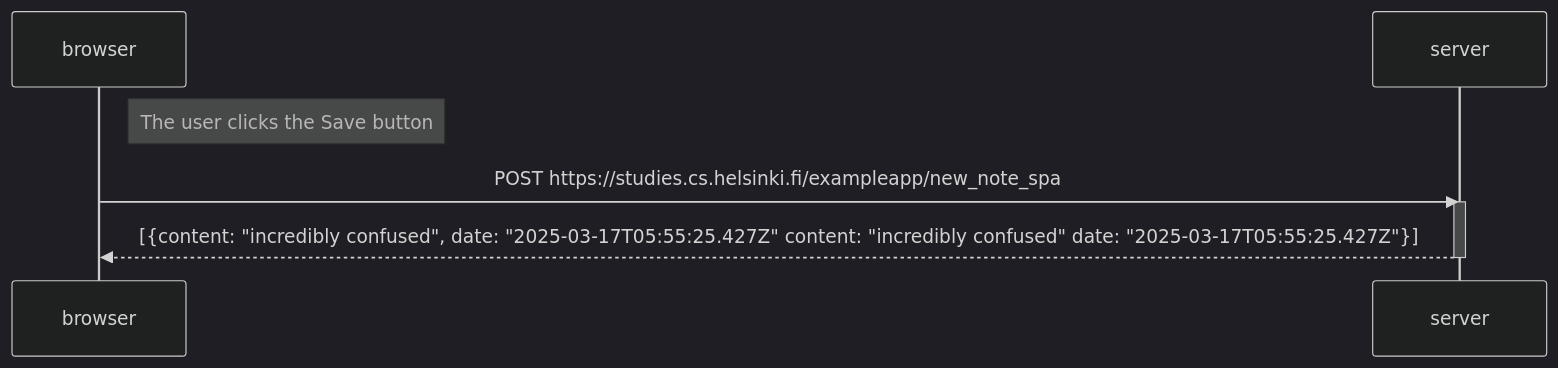
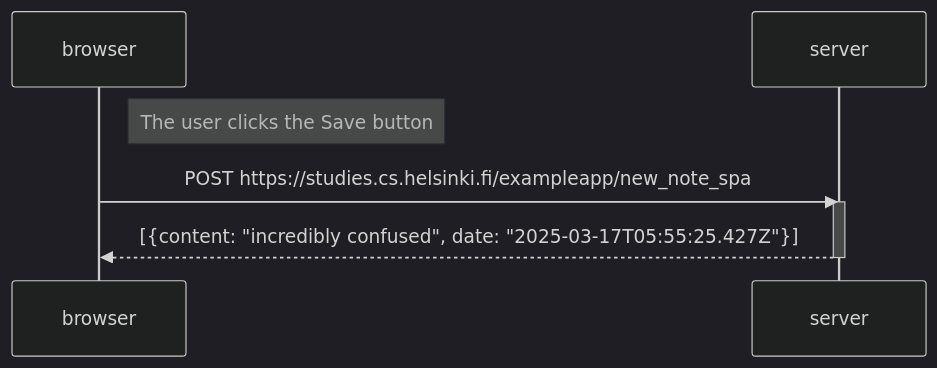
One commit to hatakeyamayuri/Fullstack-Course changed the diagram in 0-6:New-note-in-Single-page-app-diagram.md. Above: the diagram before and after it, drawn with Mermaid (dark theme). The commit also changed 1 other file, not shown here.

Commit message:
Misc. typo and note addition

````diff
--- a/0-6:New-note-in-Single-page-app-diagram.md
+++ b/0-6:New-note-in-Single-page-app-diagram.md
@@ -1,12 +1,12 @@
 ```mermaid
 sequenceDiagram
     participant browser
     participant server
 
     Note right of browser: The user clicks the Save button
 
     browser->>server: POST https://studies.cs.helsinki.fi/exampleapp/new_note_spa
     activate server
-    server-->>browser: [{content: "incredibly confused", date: "2025-03-17T05:55:25.427Z" content: "incredibly confused" date: "2025-03-17T05:55:25.427Z"}]
+    server-->>browser: [{content: "incredibly confused", date: "2025-03-17T05:55:25.427Z"}]
     deactivate server
 ```
````
